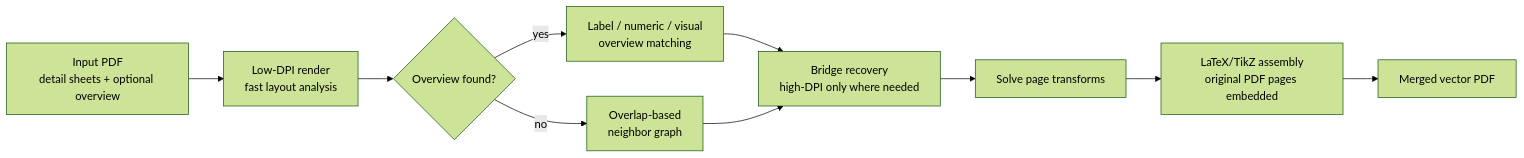
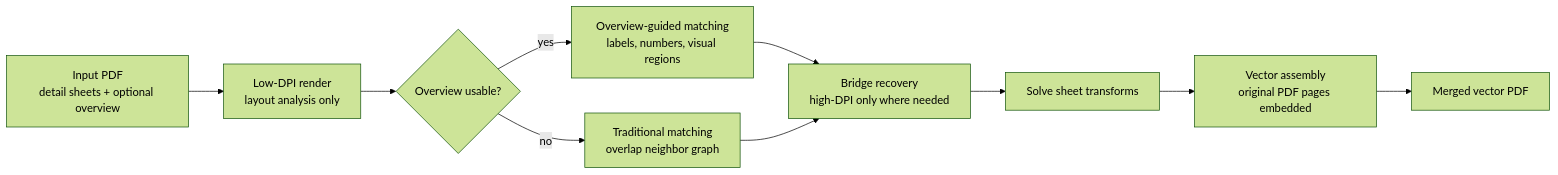
The diagram in README.md (WorkHaH/SheetWeave), drawn with Mermaid (forest theme) before and after one commit. The commit also changed other lines of this file and 1 other file, not shown here.

````diff
--- a/README.md
+++ b/README.md
@@ -52,12 +89,12 @@
 ```mermaid
 flowchart LR
-  A["Input PDF<br/>detail sheets + optional overview"] --> B["Low-DPI render<br/>fast layout analysis"]
-  B --> C{"Overview found?"}
-  C -- yes --> D["Label / numeric / visual<br/>overview matching"]
-  C -- no --> E["Overlap-based<br/>neighbor graph"]
+  A["Input PDF<br/>detail sheets + optional overview"] --> B["Low-DPI render<br/>layout analysis only"]
+  B --> C{"Overview usable?"}
+  C -- yes --> D["Overview-guided matching<br/>labels, numbers, visual regions"]
+  C -- no --> E["Traditional matching<br/>overlap neighbor graph"]
   D --> F["Bridge recovery<br/>high-DPI only where needed"]
   E --> F
-  F --> G["Solve page transforms"]
-  G --> H["LaTeX/TikZ assembly<br/>original PDF pages embedded"]
+  F --> G["Solve sheet transforms"]
+  G --> H["Vector assembly<br/>original PDF pages embedded"]
   H --> I["Merged vector PDF"]
 ```
````
